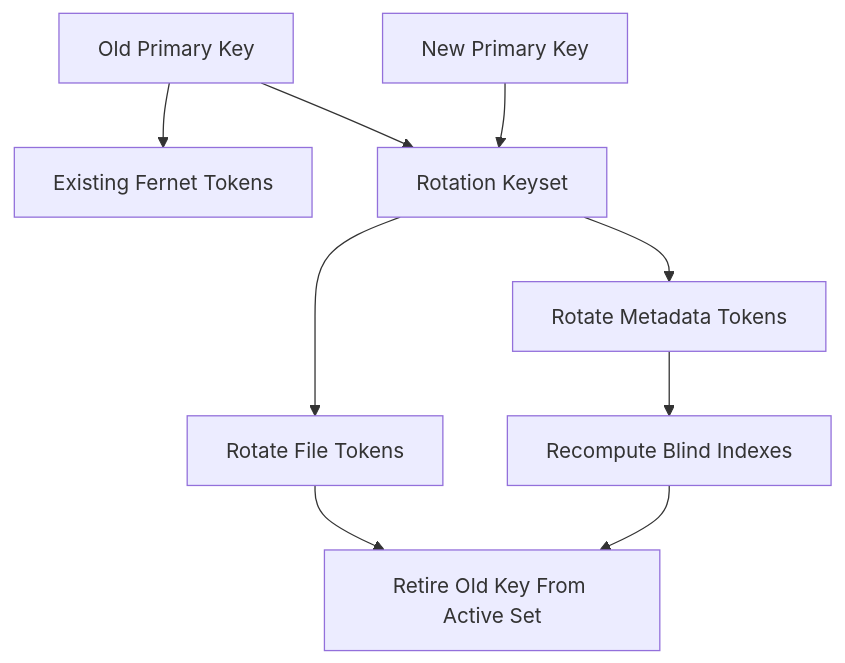
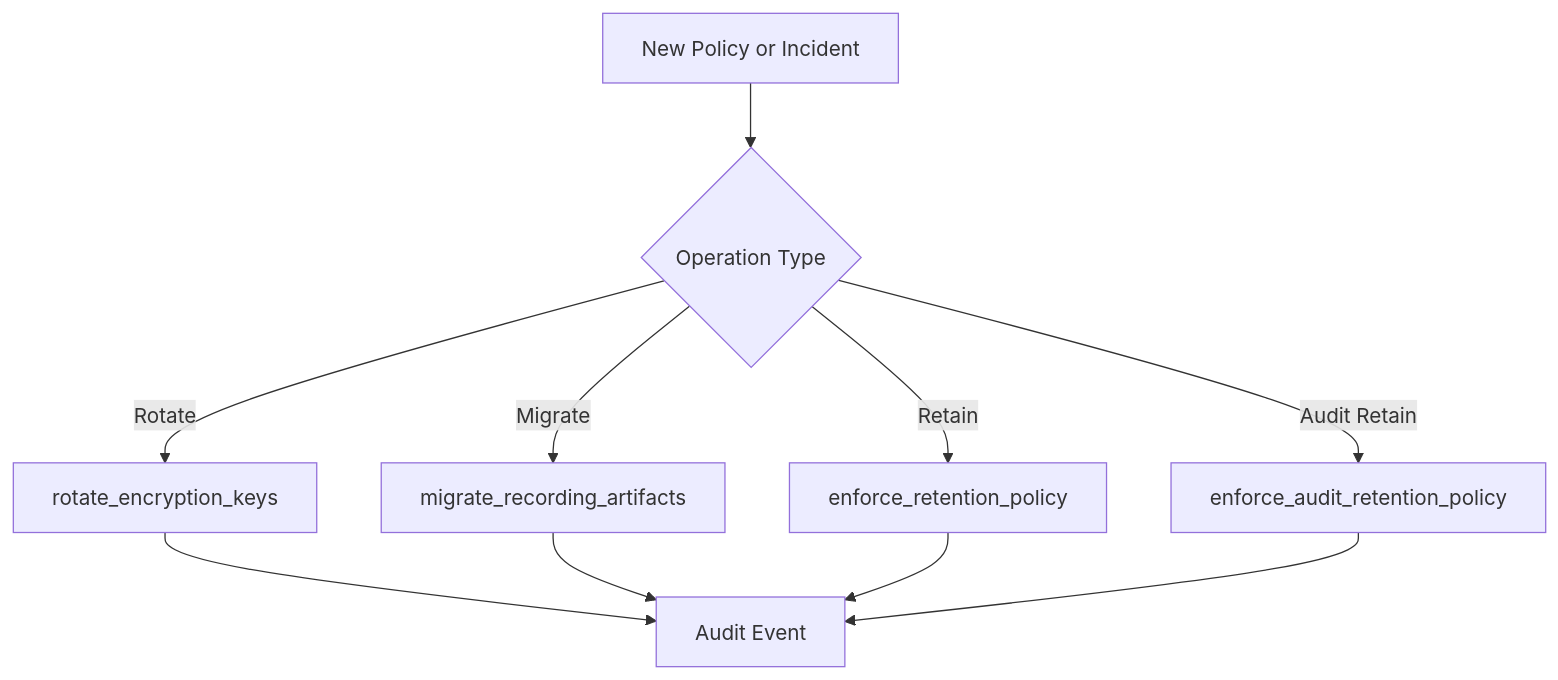
The fourth of 5 diagrams in README.md (hkevin01/securemeet), drawn with Mermaid before and after one commit. The commit also changed other lines of this file, not shown here.

````diff
--- a/README.md
+++ b/README.md
@@ -164,11 +245,12 @@
 ```mermaid
 flowchart TD
-    A[Old Primary Key] --> B[Existing Fernet Tokens]
-    C[New Primary Key] --> D[Rotation Keyset]
-    A --> D
-    D --> E[Rotate File Tokens]
-    D --> F[Rotate Metadata Tokens]
-    F --> G[Recompute Blind Indexes]
-    E --> H[Retire Old Key From Active Set]
-    G --> H
+    A[New Policy or Incident] --> B{Operation Type}
+    B -->|Rotate| C[rotate_encryption_keys]
+    B -->|Migrate| D[migrate_recording_artifacts]
+    B -->|Retain| E[enforce_retention_policy]
+    B -->|Audit Retain| F[enforce_audit_retention_policy]
+    C --> G[Audit Event]
+    D --> G
+    E --> G
+    F --> G
 ```
````
